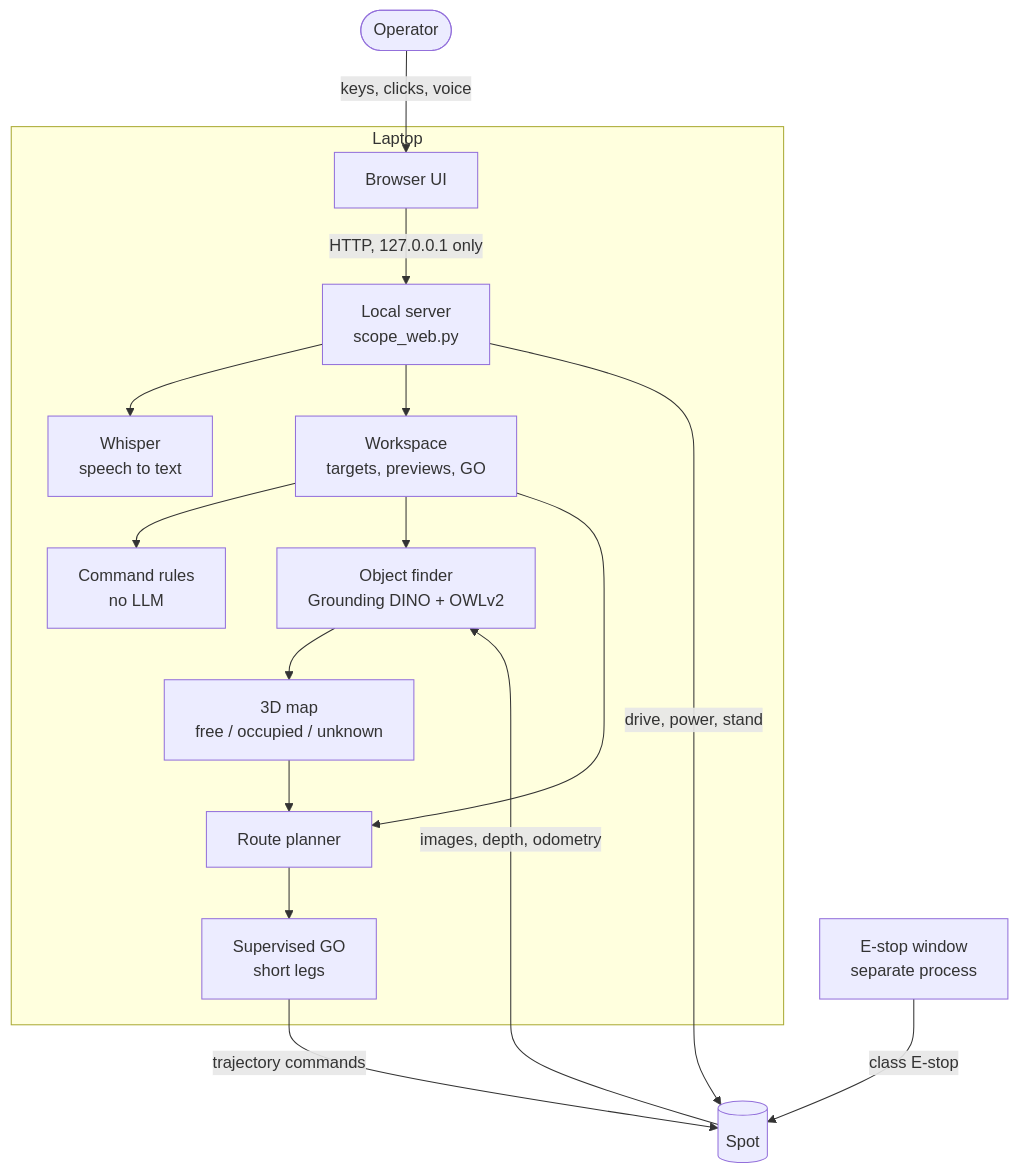
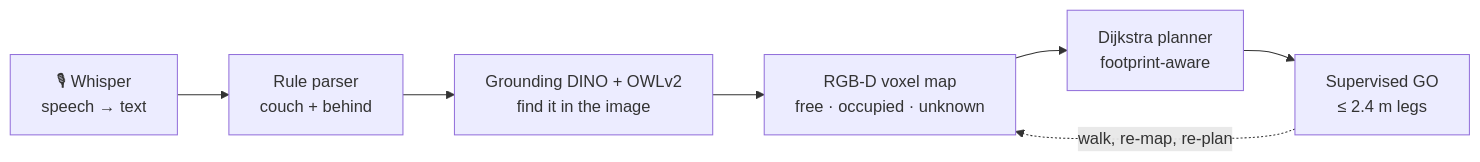
The diagram in README.md (MonishSaravana/boston-dynamics-spot-control-console), drawn with Mermaid before and after one commit. The commit also changed other lines of this file, not shown here.

Commit message:
Replace the README diagrams with one compact pipeline

````diff
--- a/README.md
+++ b/README.md
@@ -26,20 +26,9 @@
 ```mermaid
-flowchart TB
-    op([Operator]) -- "keys, clicks, voice" --> ui
-    subgraph laptop["Laptop"]
-        ui["Browser UI"] -- "HTTP, 127.0.0.1 only" --> srv["Local server<br/>scope_web.py"]
-        srv --> stt["Whisper<br/>speech to text"]
-        srv --> ws["Workspace<br/>targets, previews, GO"]
-        ws --> cmd["Command rules<br/>no LLM"]
-        ws --> per["Object finder<br/>Grounding DINO + OWLv2"]
-        per --> map["3D map<br/>free / occupied / unknown"]
-        map --> plan["Route planner"]
-        ws --> plan
-        plan --> go["Supervised GO<br/>short legs"]
-    end
-    estop["E-stop window<br/>separate process"]
-    go -- "trajectory commands" --> spot[("Spot")]
-    srv -- "drive, power, stand" --> spot
-    spot -- "images, depth, odometry" --> per
-    estop -- "class E-stop" --> spot
+flowchart LR
+    A["🎙 Whisper<br/>speech → text"] --> B["Rule parser<br/>couch + behind"]
+    B --> C["Grounding DINO + OWLv2<br/>find it in the image"]
+    C --> D["RGB-D voxel map<br/>free · occupied · unknown"]
+    D --> E["Dijkstra planner<br/>footprint-aware"]
+    E --> F["Supervised GO<br/>≤ 2.4 m legs"]
+    F -. "walk, re-map, re-plan" .-> D
 ```
````
